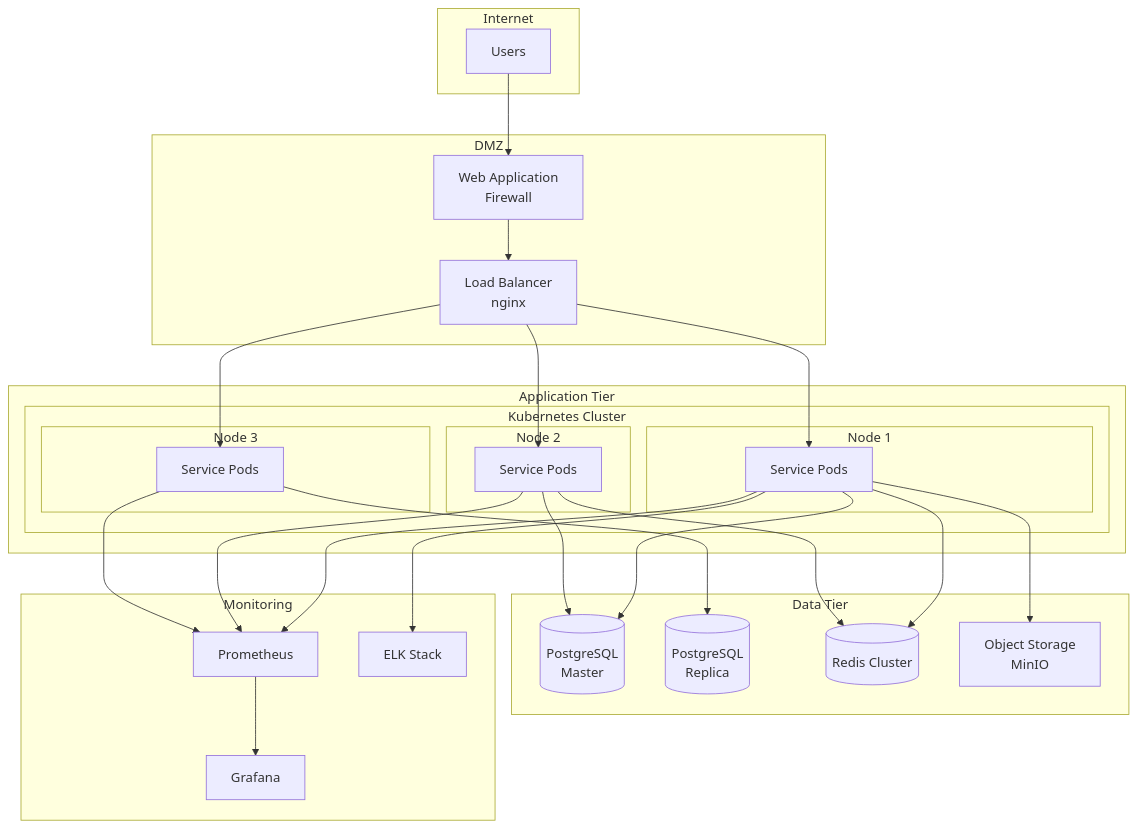
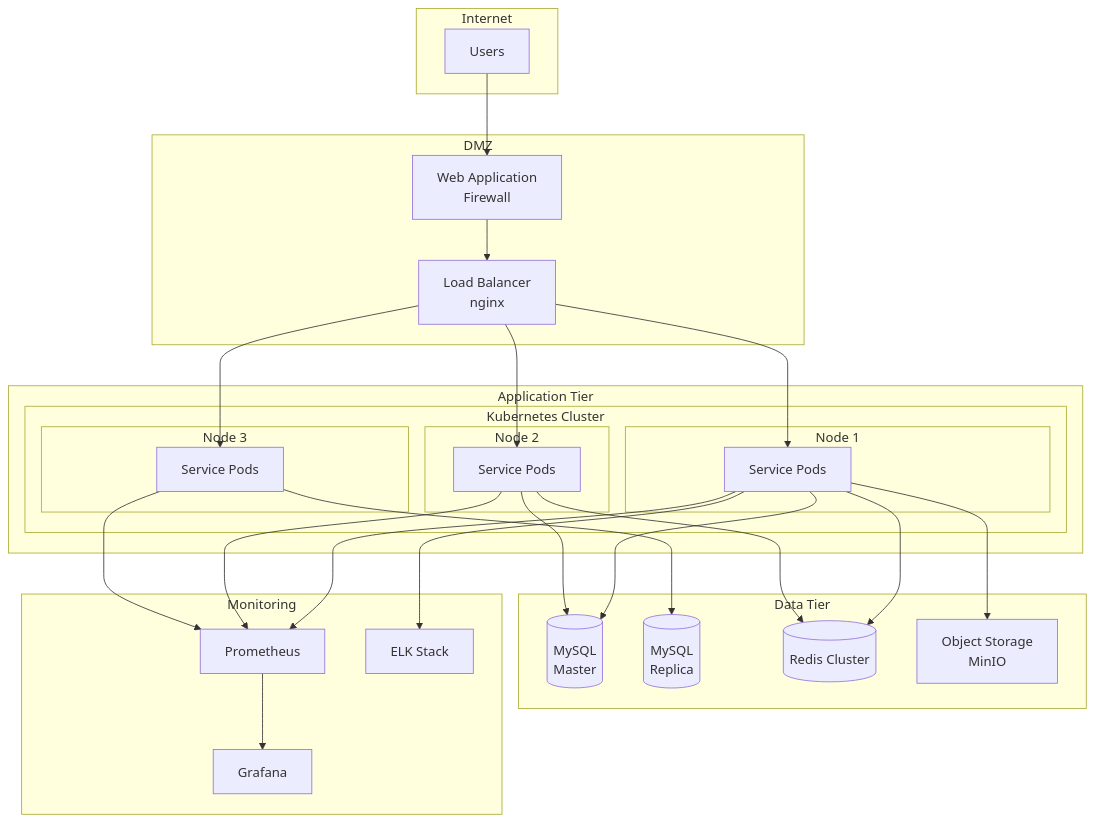
The fourth of 6 diagrams in HRM/Payroll/2_ThietKe/1_ArchitectureDesign.md (devsongnhan/Bflow-Doc), drawn with Mermaid before and after one commit. The commit also changed other lines of this file and 2 other files, not shown here.

````diff
--- a/HRM/Payroll/2_ThietKe/1_ArchitectureDesign.md
+++ b/HRM/Payroll/2_ThietKe/1_ArchitectureDesign.md
@@ -404,56 +404,56 @@
 ```mermaid
 graph TB
     subgraph "Internet"
         USER[Users]
     end
 
     subgraph "DMZ"
         LB[Load Balancer<br/>nginx]
         WAF[Web Application<br/>Firewall]
     end
 
     subgraph "Application Tier"
         subgraph "Kubernetes Cluster"
             subgraph "Node 1"
                 POD1[Service Pods]
             end
             subgraph "Node 2"
                 POD2[Service Pods]
             end
             subgraph "Node 3"
                 POD3[Service Pods]
             end
         end
     end
 
     subgraph "Data Tier"
-        DB_MASTER[(PostgreSQL<br/>Master)]
-        DB_SLAVE[(PostgreSQL<br/>Replica)]
+        DB_MASTER[(MySQL<br/>Master)]
+        DB_SLAVE[(MySQL<br/>Replica)]
         REDIS[(Redis Cluster)]
         STORAGE[Object Storage<br/>MinIO]
     end
 
     subgraph "Monitoring"
         PROM[Prometheus]
         GRAF[Grafana]
         ELK[ELK Stack]
     end
 
     USER --> WAF
     WAF --> LB
     LB --> POD1
     LB --> POD2
     LB --> POD3
     POD1 --> DB_MASTER
     POD2 --> DB_MASTER
     POD3 --> DB_SLAVE
     POD1 --> REDIS
     POD2 --> REDIS
     POD1 --> STORAGE
 
     POD1 --> PROM
     POD2 --> PROM
     POD3 --> PROM
     PROM --> GRAF
     POD1 --> ELK
 ```
````
